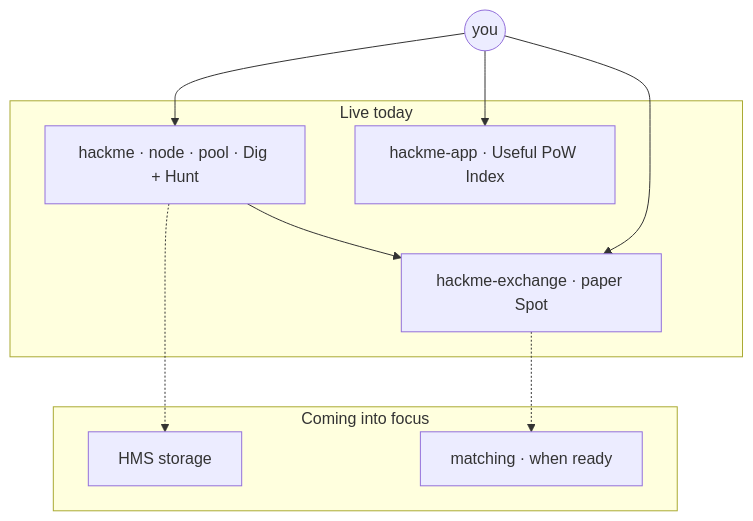
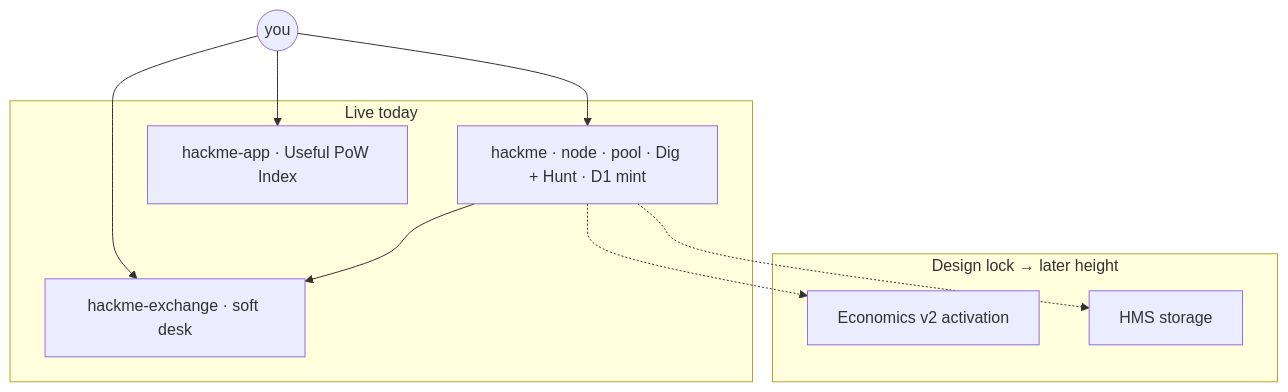
The diagram in README.md (jokeez/jokeez), drawn with Mermaid before and after one commit. The commit also changed other lines of this file, not shown here.

Commit message:
Update profile README to rc18, D1, and Economics v2 soft announce.

````diff
--- a/README.md
+++ b/README.md
@@ -51,18 +51,18 @@
 ```mermaid
 flowchart TB
   subgraph live [Live today]
-    Core["hackme · node · pool · Dig + Hunt"]
-    Spot["hackme-exchange · paper Spot"]
+    Core["hackme · node · pool · Dig + Hunt · D1 mint"]
+    Desk["hackme-exchange · soft desk"]
     Index["hackme-app · Useful PoW Index"]
   end
-  subgraph next [Coming into focus]
+  subgraph next [Design lock → later height]
+    Econ["Economics v2 activation"]
     HMS["HMS storage"]
-    Match["matching · when ready"]
   end
   User((you)) --> Core
-  User --> Spot
+  User --> Desk
   User --> Index
-  Core --> Spot
+  Core --> Desk
+  Core -.-> Econ
   Core -.-> HMS
-  Spot -.-> Match
 ```
````
